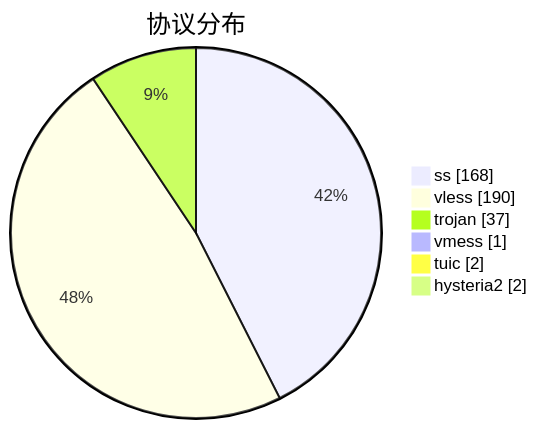
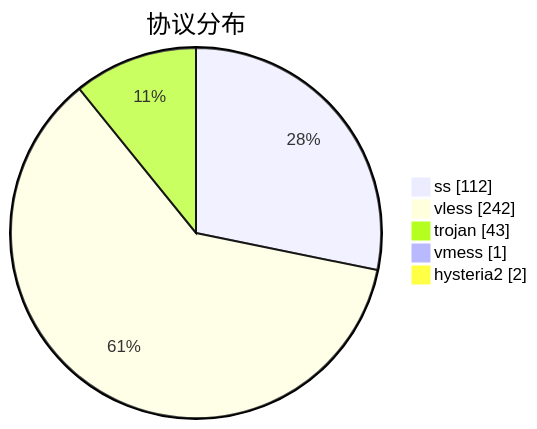
One commit to qjlxg/airport changed the third of 3 diagrams in subs/statistics/tested_within.md. Above: the diagram before and after it, drawn with Mermaid. The commit also changed other lines of this file and 2 other files, not shown here.

````diff
--- a/subs/statistics/tested_within.md
+++ b/subs/statistics/tested_within.md
@@ -40,10 +41,9 @@
 ```mermaid
 pie showData
 title 协议分布
-"ss" : 168
-"vless" : 190
-"trojan" : 37
+"ss" : 112
+"vless" : 242
+"trojan" : 43
 "vmess" : 1
-"tuic" : 2
 "hysteria2" : 2
 ```
````
